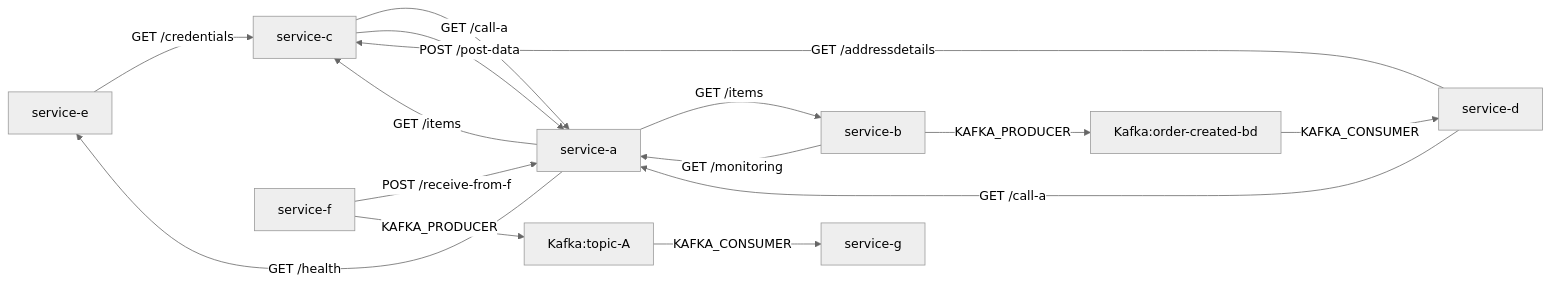
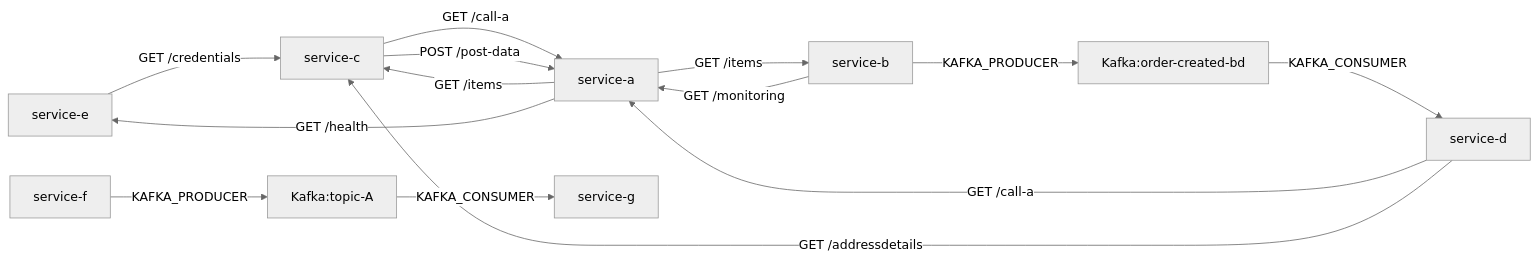
The diagram in output/deps.md (lokesh0507/First_project), drawn with Mermaid (neutral theme) before and after one commit. The commit also changed 1 other file, not shown here.

Commit message:
Auto-update dependency graph

````diff
--- a/output/deps.md
+++ b/output/deps.md
@@ -1,17 +1,16 @@
 ```mermaid
 graph LR
   service-e -->|GET /credentials| service-c
   service-d -->|GET /call-a| service-a
   service-d -->|GET /addressdetails| service-c
   Kafka:order-created-bd -->|KAFKA_CONSUMER| service-d
   service-a -->|GET /items| service-b
   service-a -->|GET /items| service-c
   service-a -->|GET /health| service-e
   service-c -->|GET /call-a| service-a
   service-c -->|POST /post-data| service-a
   service-b -->|GET /monitoring| service-a
   service-b -->|KAFKA_PRODUCER| Kafka:order-created-bd
   Kafka:topic-A -->|KAFKA_CONSUMER| service-g
-  service-f -->|POST /receive-from-f| service-a
   service-f -->|KAFKA_PRODUCER| Kafka:topic-A
 ```
````
